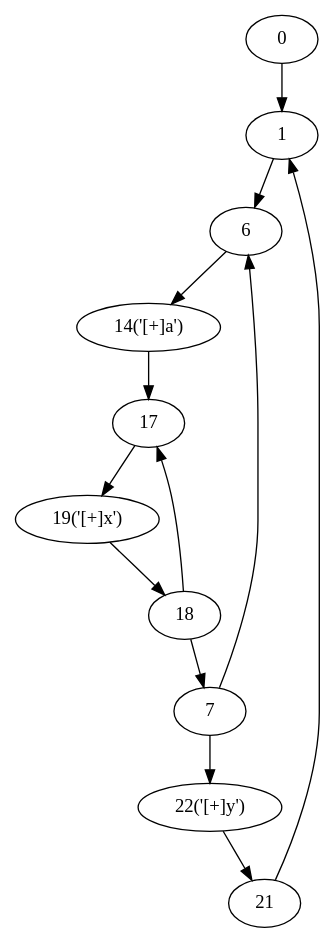
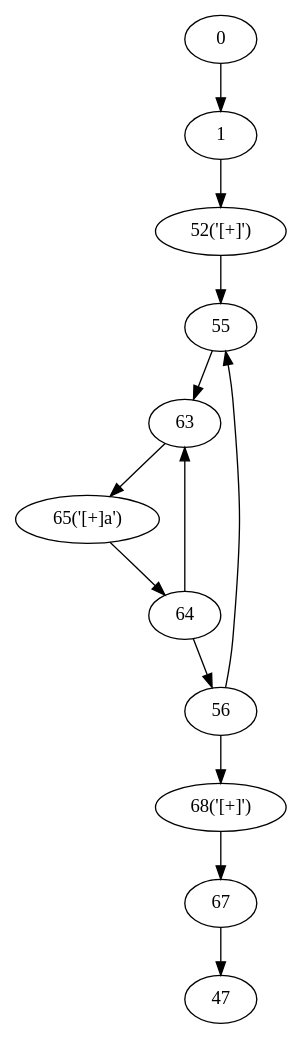
Before and after one commit to yyl-20020115/NRegEx: the diagram in NRegex.Test/Graphs/IsCatastrophicBacktrackingPossible.dot, drawn with Graphviz. The commit also changed 3 other files, not shown here.

```diff
--- a/NRegex.Test/Graphs/IsCatastrophicBacktrackingPossible.dot
+++ b/NRegex.Test/Graphs/IsCatastrophicBacktrackingPossible.dot
@@ -1,25 +1,25 @@
 digraph g {
 	0 ;
 	1 ;
-	1 ;
-	6 ;
-	7 ;
-	14 [label="14('[+]a')"];
-	17 ;
-	18 ;
-	19 [label="19('[+]x')"];
-	21 ;
-	22 [label="22('[+]y')"];
+	47 ;
+	52 [label="52('[+]')"];
+	55 ;
+	56 ;
+	63 ;
+	64 ;
+	65 [label="65('[+]a')"];
+	67 ;
+	68 [label="68('[+]')"];
 	0->1;
-	21->1;
-	1->6;
-	7->6;
-	18->7;
-	6->14;
-	14->17;
-	18->17;
-	19->18;
-	17->19;
-	22->21;
-	7->22;
+	67->47;
+	1->52;
+	52->55;
+	56->55;
+	64->56;
+	55->63;
+	64->63;
+	65->64;
+	63->65;
+	68->67;
+	56->68;
 }
```
